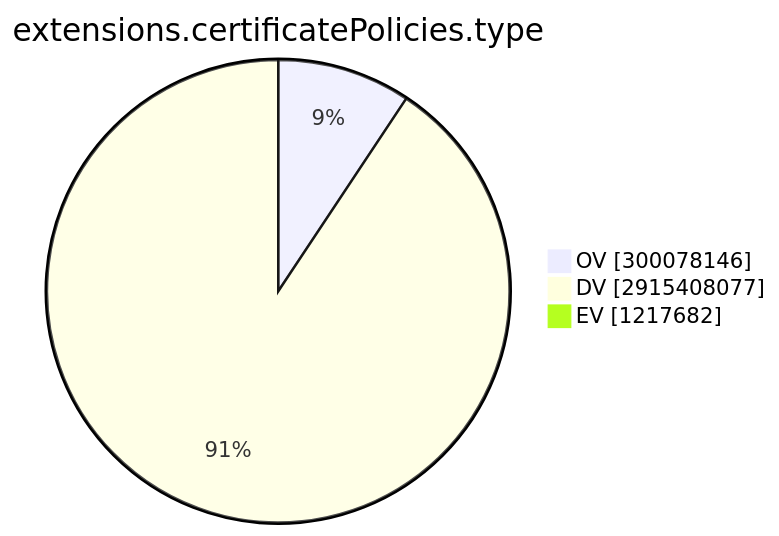
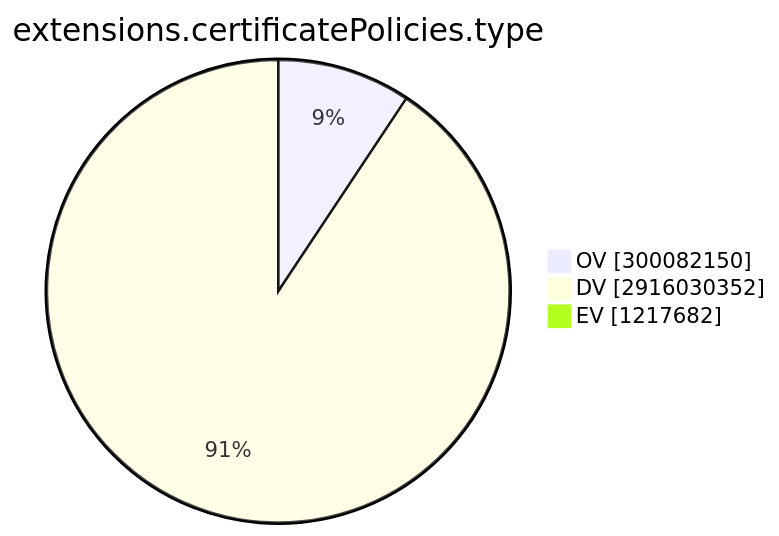
One commit to christiankrug/ctmonitor_visualization changed the ninth of 15 diagrams in TOTAL/README.md. Above: the diagram before and after it, drawn with Mermaid. The commit also changed other lines of this file, not shown here.

````diff
--- a/TOTAL/README.md
+++ b/TOTAL/README.md
@@ -3101,7 +3101,7 @@
 ```mermaid
 pie showData
 title extensions.certificatePolicies.type
-"OV" :300078146
-"DV" :2915408077
+"OV" :300082150
+"DV" :2916030352
 "EV" :1217682
 ```
````
